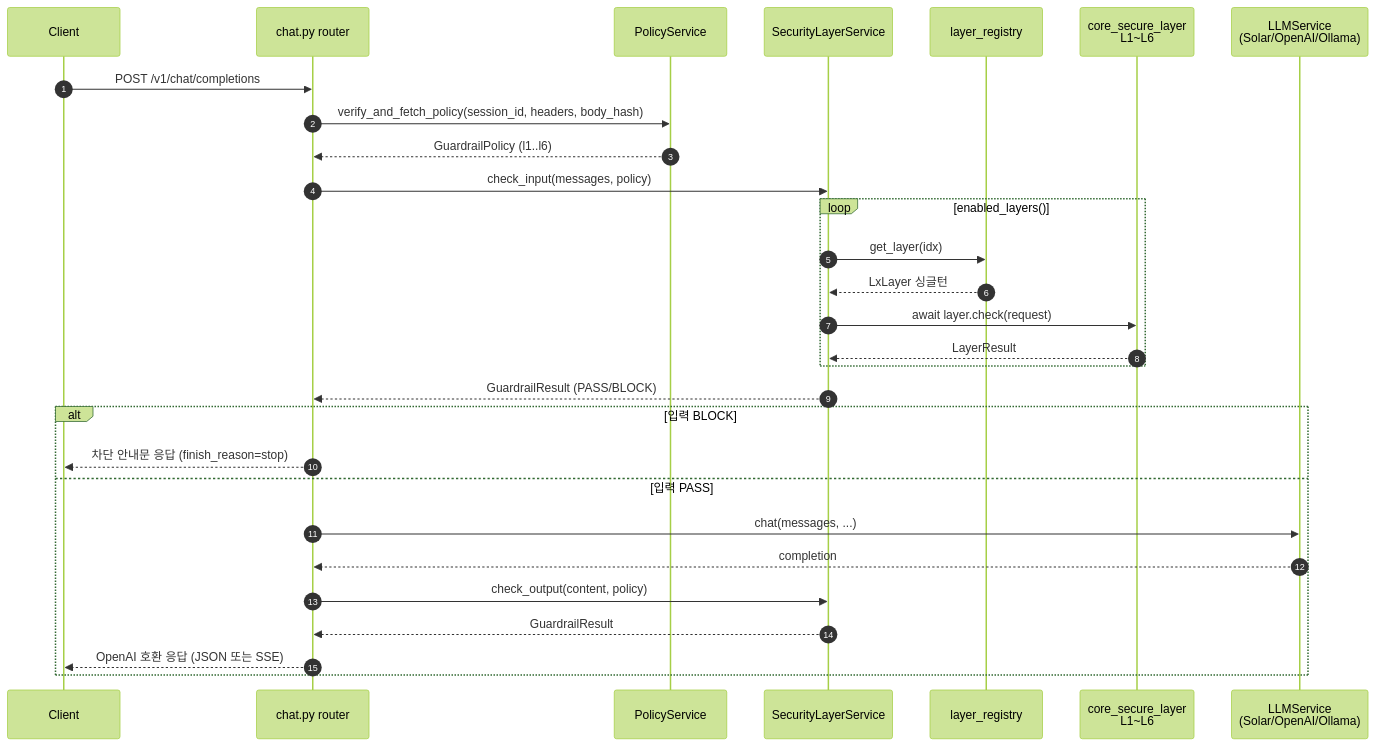
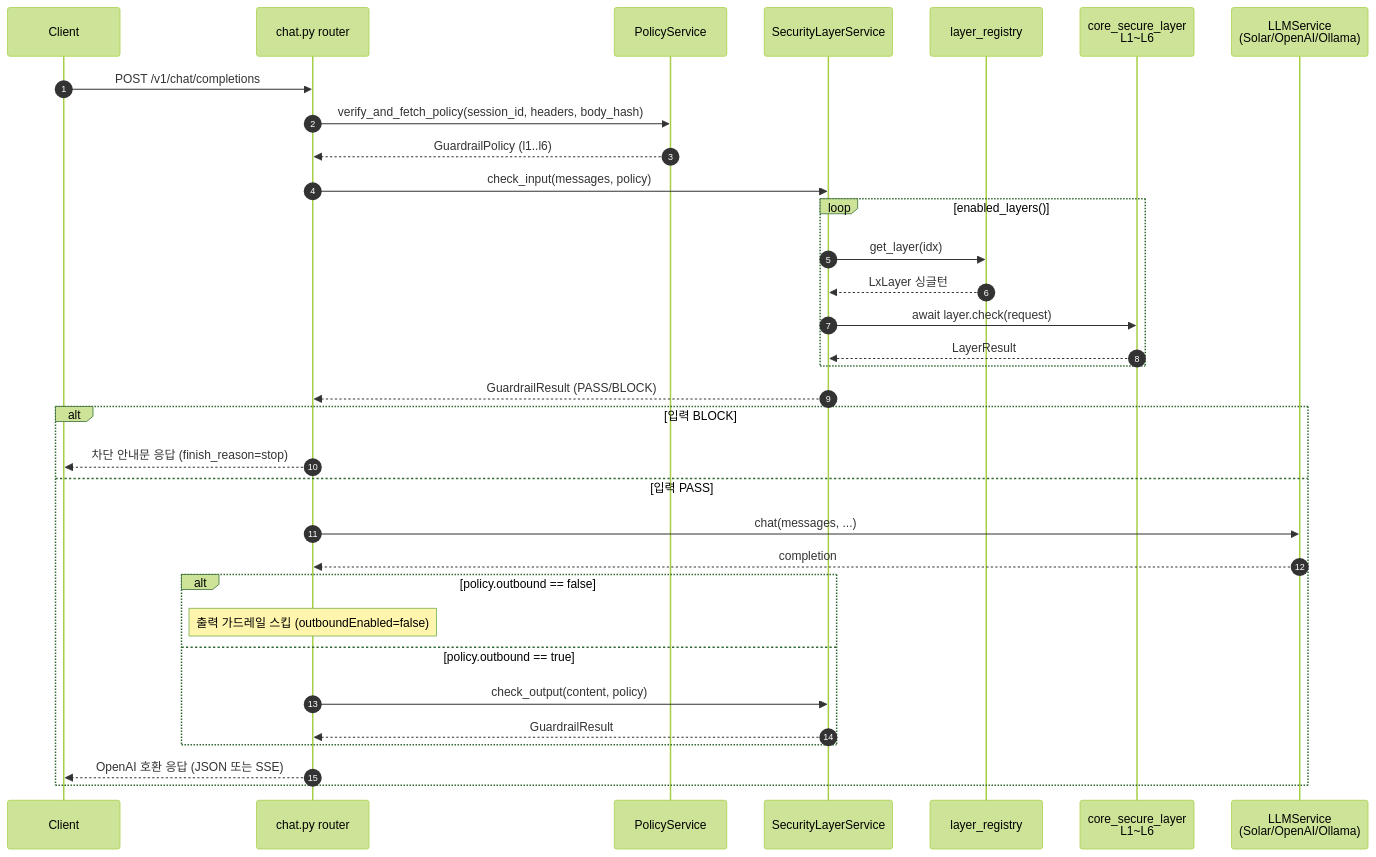
The diagram in gateway-backend/docs/architecture-overview.md (djpark0402/agentic-ai-guardrail), drawn with Mermaid (forest theme) before and after one commit. The commit also changed other lines of this file and 3 other files, not shown here.

First line of the commit message:
docs: outboundEnabled 정책 플래그 문서·플레이그라운드·OpenAPI 갱신

````diff
--- a/gateway-backend/docs/architecture-overview.md
+++ b/gateway-backend/docs/architecture-overview.md
@@ -207,32 +207,36 @@
 ```mermaid
 sequenceDiagram
     autonumber
     participant C as Client
     participant R as chat.py router
     participant P as PolicyService
     participant S as SecurityLayerService
     participant Reg as layer_registry
     participant Core as core_secure_layer<br/>L1~L6
     participant LLM as LLMService<br/>(Solar/OpenAI/Ollama)
 
     C->>R: POST /v1/chat/completions
     R->>P: verify_and_fetch_policy(session_id, headers, body_hash)
     P-->>R: GuardrailPolicy (l1..l6)
     R->>S: check_input(messages, policy)
     loop enabled_layers()
         S->>Reg: get_layer(idx)
         Reg-->>S: LxLayer 싱글턴
         S->>Core: await layer.check(request)
         Core-->>S: LayerResult
     end
     S-->>R: GuardrailResult (PASS/BLOCK)
     alt 입력 BLOCK
         R-->>C: 차단 안내문 응답 (finish_reason=stop)
     else 입력 PASS
         R->>LLM: chat(messages, ...)
         LLM-->>R: completion
-        R->>S: check_output(content, policy)
-        S-->>R: GuardrailResult
+        alt policy.outbound == false
+            Note over R: 출력 가드레일 스킵 (outboundEnabled=false)
+        else policy.outbound == true
+            R->>S: check_output(content, policy)
+            S-->>R: GuardrailResult
+        end
         R-->>C: OpenAI 호환 응답 (JSON 또는 SSE)
     end
 ```
````
